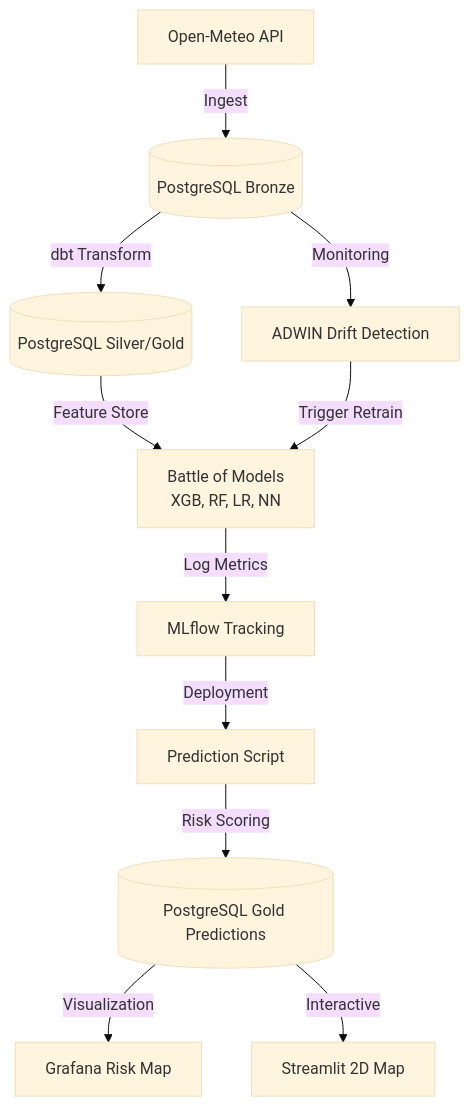
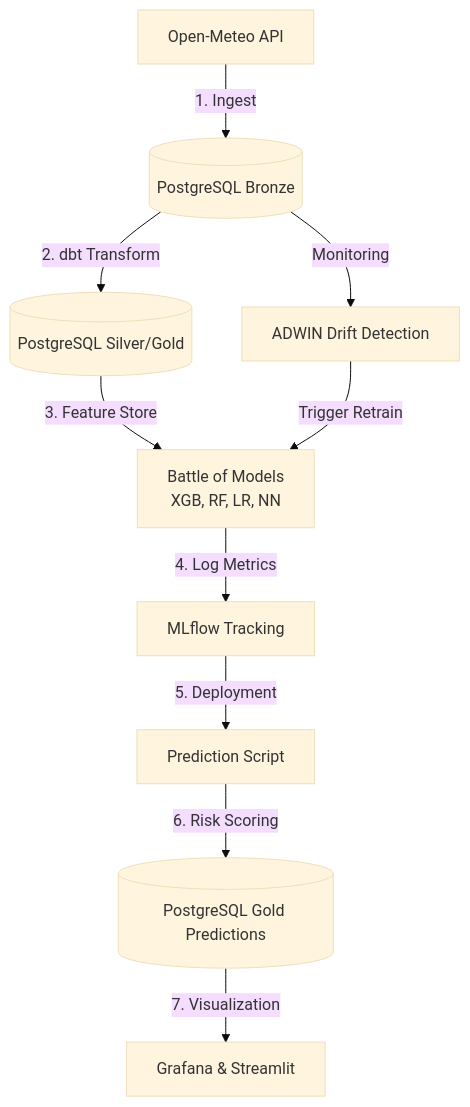
Before and after one commit to amsopian22/demo-praktisi-mengajar: the diagram in README.md, drawn with Mermaid (base theme). The commit also changed other lines of this file and 13 other files, not shown here.

````diff
--- a/README.md
+++ b/README.md
@@ -9,13 +11,12 @@
 ```mermaid
 graph TD
-    A[Open-Meteo API] -->|Ingest| B[(PostgreSQL Bronze)]
-    B -->|dbt Transform| C[(PostgreSQL Silver/Gold)]
-    C -->|Feature Store| D[Battle of Models<br/>XGB, RF, LR, NN]
-    D -->|Log Metrics| E[MLflow Tracking]
-    E -->|Deployment| F[Prediction Script]
-    F -->|Risk Scoring| G[(PostgreSQL Gold Predictions)]
-    G -->|Visualization| H[Grafana Risk Map]
-    G -->|Interactive| K[Streamlit 2D Map]
+    A[Open-Meteo API] -->|1. Ingest| B[(PostgreSQL Bronze)]
+    B -->|2. dbt Transform| C[(PostgreSQL Silver/Gold)]
+    C -->|3. Feature Store| D[Battle of Models<br/>XGB, RF, LR, NN]
+    D -->|4. Log Metrics| E[MLflow Tracking]
+    E -->|5. Deployment| F[Prediction Script]
+    F -->|6. Risk Scoring| G[(PostgreSQL Gold Predictions)]
+    G -->|7. Visualization| H[Grafana & Streamlit]
     B -->|Monitoring| J[ADWIN Drift Detection]
     J -->|Trigger Retrain| D
 ```
````
